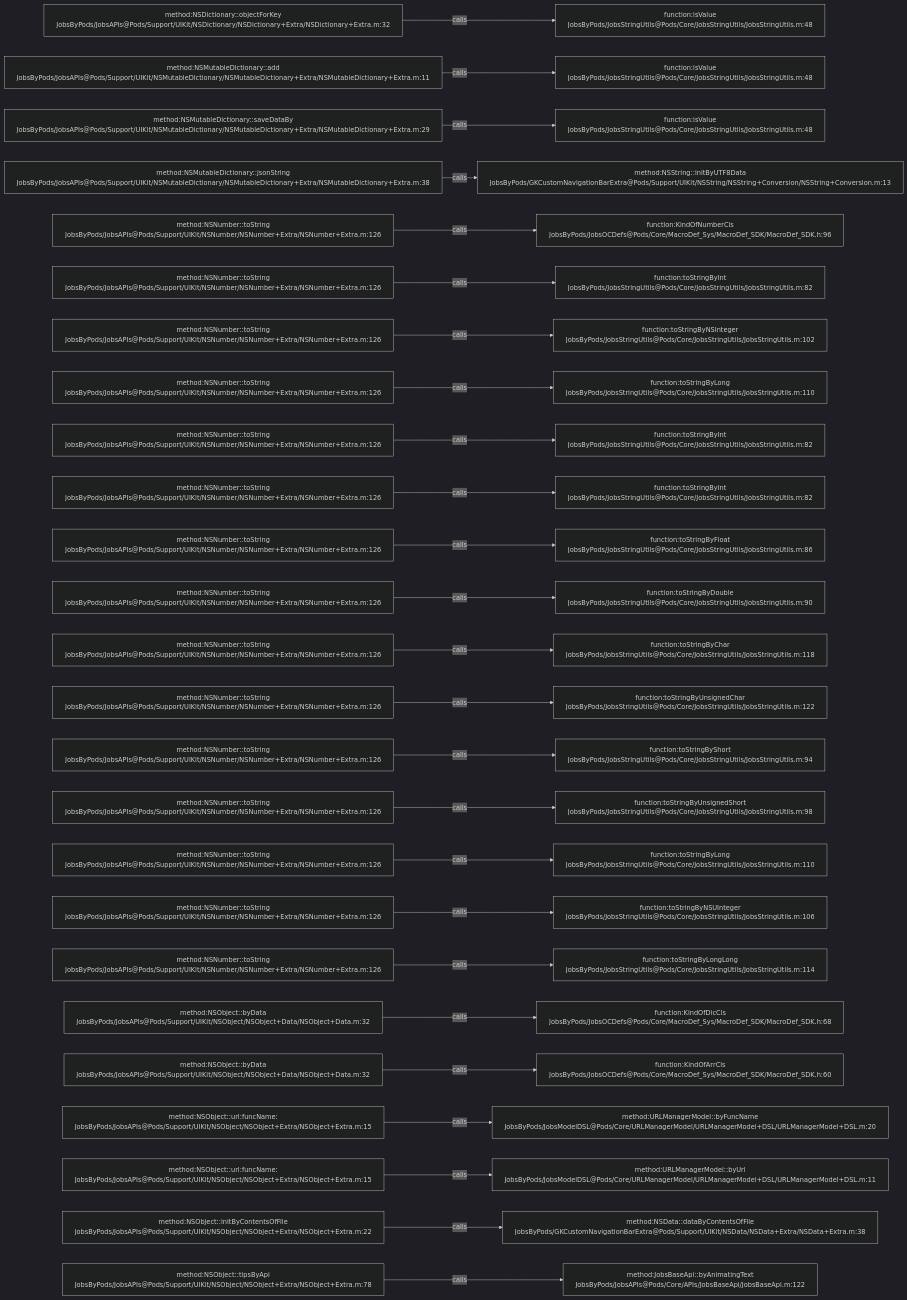
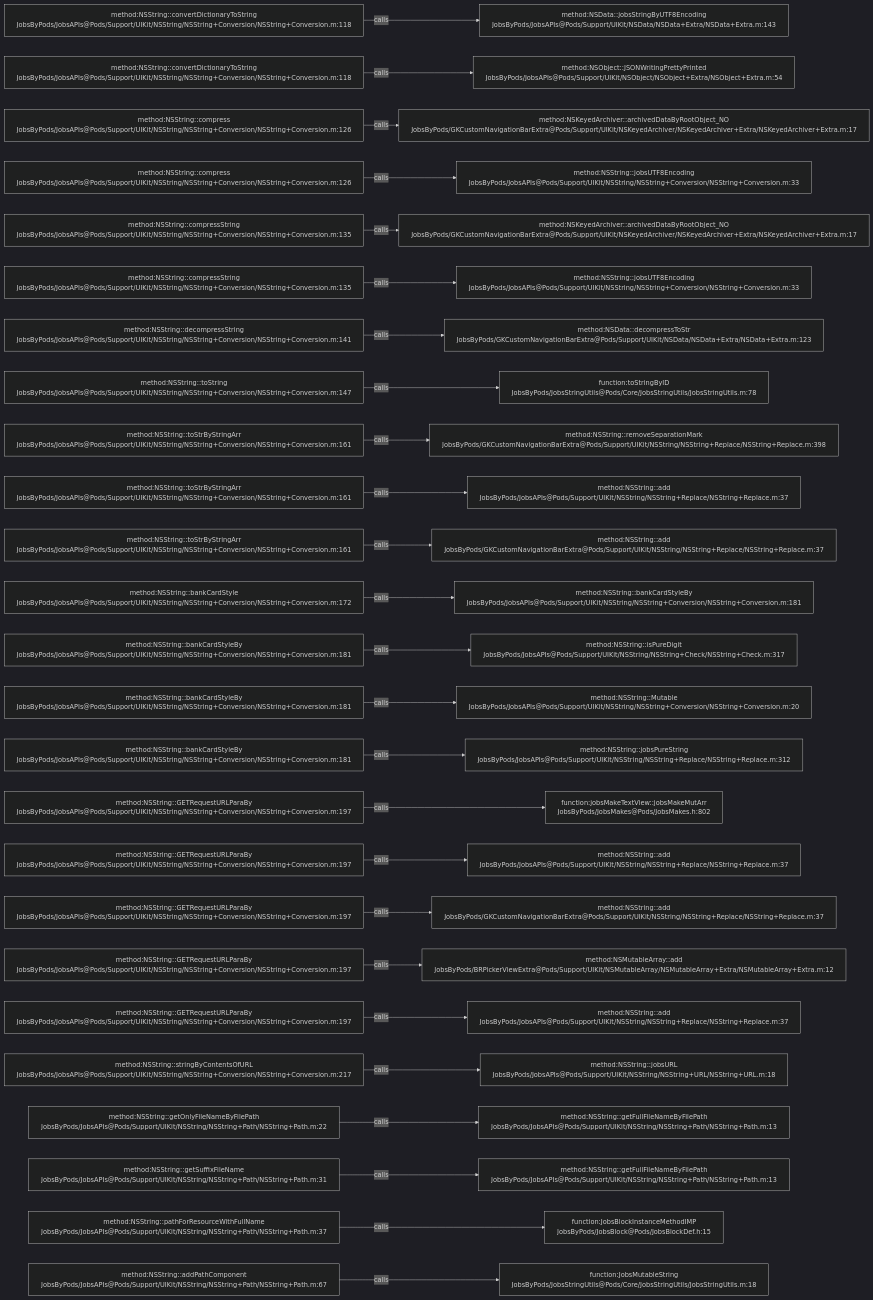
One commit to JobsKits/JobsOCBaseConfigDemo changed the diagram in .codegraph/codegraph.md/graphs/calls-083.md. Above: the diagram before and after it, drawn with Mermaid (dark theme). The commit also changed 223 other files, not shown here.

````diff
--- a/.codegraph/codegraph.md/graphs/calls-083.md
+++ b/.codegraph/codegraph.md/graphs/calls-083.md
@@ -13,78 +13,78 @@
 ```mermaid
 flowchart LR
-  S1["method:NSDictionary::objectForKey<br/>JobsByPods/JobsAPIs@Pods/Support/UIKit/NSDictionary/NSDictionary+Extra/NSDictionary+Extra.m:32"]
-  T1["function:isValue<br/>JobsByPods/JobsStringUtils@Pods/Core/JobsStringUtils/JobsStringUtils.m:48"]
+  S1["method:NSString::convertDictionaryToString<br/>JobsByPods/JobsAPIs@Pods/Support/UIKit/NSString/NSString+Conversion/NSString+Conversion.m:118"]
+  T1["method:NSData::jobsStringByUTF8Encoding<br/>JobsByPods/JobsAPIs@Pods/Support/UIKit/NSData/NSData+Extra/NSData+Extra.m:143"]
   S1 -->|calls| T1
-  S2["method:NSMutableDictionary::add<br/>JobsByPods/JobsAPIs@Pods/Support/UIKit/NSMutableDictionary/NSMutableDictionary+Extra/NSMutableDictionary+Extra.m:11"]
-  T2["function:isValue<br/>JobsByPods/JobsStringUtils@Pods/Core/JobsStringUtils/JobsStringUtils.m:48"]
+  S2["method:NSString::convertDictionaryToString<br/>JobsByPods/JobsAPIs@Pods/Support/UIKit/NSString/NSString+Conversion/NSString+Conversion.m:118"]
+  T2["method:NSObject::JSONWritingPrettyPrinted<br/>JobsByPods/JobsAPIs@Pods/Support/UIKit/NSObject/NSObject+Extra/NSObject+Extra.m:54"]
   S2 -->|calls| T2
-  S3["method:NSMutableDictionary::saveDataBy<br/>JobsByPods/JobsAPIs@Pods/Support/UIKit/NSMutableDictionary/NSMutableDictionary+Extra/NSMutableDictionary+Extra.m:29"]
-  T3["function:isValue<br/>JobsByPods/JobsStringUtils@Pods/Core/JobsStringUtils/JobsStringUtils.m:48"]
+  S3["method:NSString::compress<br/>JobsByPods/JobsAPIs@Pods/Support/UIKit/NSString/NSString+Conversion/NSString+Conversion.m:126"]
+  T3["method:NSKeyedArchiver::archivedDataByRootObject_NO<br/>JobsByPods/GKCustomNavigationBarExtra@Pods/Support/UIKit/NSKeyedArchiver/NSKeyedArchiver+Extra/NSKeyedArchiver+Extra.m:17"]
   S3 -->|calls| T3
-  S4["method:NSMutableDictionary::jsonString<br/>JobsByPods/JobsAPIs@Pods/Support/UIKit/NSMutableDictionary/NSMutableDictionary+Extra/NSMutableDictionary+Extra.m:38"]
-  T4["method:NSString::initByUTF8Data<br/>JobsByPods/GKCustomNavigationBarExtra@Pods/Support/UIKit/NSString/NSString+Conversion/NSString+Conversion.m:13"]
+  S4["method:NSString::compress<br/>JobsByPods/JobsAPIs@Pods/Support/UIKit/NSString/NSString+Conversion/NSString+Conversion.m:126"]
+  T4["method:NSString::jobsUTF8Encoding<br/>JobsByPods/JobsAPIs@Pods/Support/UIKit/NSString/NSString+Conversion/NSString+Conversion.m:33"]
   S4 -->|calls| T4
-  S5["method:NSNumber::toString<br/>JobsByPods/JobsAPIs@Pods/Support/UIKit/NSNumber/NSNumber+Extra/NSNumber+Extra.m:126"]
-  T5["function:KindOfNumberCls<br/>JobsByPods/JobsOCDefs@Pods/Core/MacroDef_Sys/MacroDef_SDK/MacroDef_SDK.h:96"]
+  S5["method:NSString::compressString<br/>JobsByPods/JobsAPIs@Pods/Support/UIKit/NSString/NSString+Conversion/NSString+Conversion.m:135"]
+  T5["method:NSKeyedArchiver::archivedDataByRootObject_NO<br/>JobsByPods/GKCustomNavigationBarExtra@Pods/Support/UIKit/NSKeyedArchiver/NSKeyedArchiver+Extra/NSKeyedArchiver+Extra.m:17"]
   S5 -->|calls| T5
-  S6["method:NSNumber::toString<br/>JobsByPods/JobsAPIs@Pods/Support/UIKit/NSNumber/NSNumber+Extra/NSNumber+Extra.m:126"]
-  T6["function:toStringByInt<br/>JobsByPods/JobsStringUtils@Pods/Core/JobsStringUtils/JobsStringUtils.m:82"]
+  S6["method:NSString::compressString<br/>JobsByPods/JobsAPIs@Pods/Support/UIKit/NSString/NSString+Conversion/NSString+Conversion.m:135"]
+  T6["method:NSString::jobsUTF8Encoding<br/>JobsByPods/JobsAPIs@Pods/Support/UIKit/NSString/NSString+Conversion/NSString+Conversion.m:33"]
   S6 -->|calls| T6
-  S7["method:NSNumber::toString<br/>JobsByPods/JobsAPIs@Pods/Support/UIKit/NSNumber/NSNumber+Extra/NSNumber+Extra.m:126"]
-  T7["function:toStringByNSInteger<br/>JobsByPods/JobsStringUtils@Pods/Core/JobsStringUtils/JobsStringUtils.m:102"]
+  S7["method:NSString::decompressString<br/>JobsByPods/JobsAPIs@Pods/Support/UIKit/NSString/NSString+Conversion/NSString+Conversion.m:141"]
+  T7["method:NSData::decompressToStr<br/>JobsByPods/GKCustomNavigationBarExtra@Pods/Support/UIKit/NSData/NSData+Extra/NSData+Extra.m:123"]
   S7 -->|calls| T7
-  S8["method:NSNumber::toString<br/>JobsByPods/JobsAPIs@Pods/Support/UIKit/NSNumber/NSNumber+Extra/NSNumber+Extra.m:126"]
-  T8["function:toStringByLong<br/>JobsByPods/JobsStringUtils@Pods/Core/JobsStringUtils/JobsStringUtils.m:110"]
+  S8["method:NSString::toString<br/>JobsByPods/JobsAPIs@Pods/Support/UIKit/NSString/NSString+Conversion/NSString+Conversion.m:147"]
+  T8["function:toStringByID<br/>JobsByPods/JobsStringUtils@Pods/Core/JobsStringUtils/JobsStringUtils.m:78"]
   S8 -->|calls| T8
-  S9["method:NSNumber::toString<br/>JobsByPods/JobsAPIs@Pods/Support/UIKit/NSNumber/NSNumber+Extra/NSNumber+Extra.m:126"]
-  T9["function:toStringByInt<br/>JobsByPods/JobsStringUtils@Pods/Core/JobsStringUtils/JobsStringUtils.m:82"]
+  S9["method:NSString::toStrByStringArr<br/>JobsByPods/JobsAPIs@Pods/Support/UIKit/NSString/NSString+Conversion/NSString+Conversion.m:161"]
+  T9["method:NSString::removeSeparationMark<br/>JobsByPods/GKCustomNavigationBarExtra@Pods/Support/UIKit/NSString/NSString+Replace/NSString+Replace.m:398"]
   S9 -->|calls| T9
-  S10["method:NSNumber::toString<br/>JobsByPods/JobsAPIs@Pods/Support/UIKit/NSNumber/NSNumber+Extra/NSNumber+Extra.m:126"]
-  T10["function:toStringByInt<br/>JobsByPods/JobsStringUtils@Pods/Core/JobsStringUtils/JobsStringUtils.m:82"]
+  S10["method:NSString::toStrByStringArr<br/>JobsByPods/JobsAPIs@Pods/Support/UIKit/NSString/NSString+Conversion/NSString+Conversion.m:161"]
+  T10["method:NSString::add<br/>JobsByPods/JobsAPIs@Pods/Support/UIKit/NSString/NSString+Replace/NSString+Replace.m:37"]
   S10 -->|calls| T10
-  S11["method:NSNumber::toString<br/>JobsByPods/JobsAPIs@Pods/Support/UIKit/NSNumber/NSNumber+Extra/NSNumber+Extra.m:126"]
-  T11["function:toStringByFloat<br/>JobsByPods/JobsStringUtils@Pods/Core/JobsStringUtils/JobsStringUtils.m:86"]
+  S11["method:NSString::toStrByStringArr<br/>JobsByPods/JobsAPIs@Pods/Support/UIKit/NSString/NSString+Conversion/NSString+Conversion.m:161"]
+  T11["method:NSString::add<br/>JobsByPods/GKCustomNavigationBarExtra@Pods/Support/UIKit/NSString/NSString+Replace/NSString+Replace.m:37"]
   S11 -->|calls| T11
-  S12["method:NSNumber::toString<br/>JobsByPods/JobsAPIs@Pods/Support/UIKit/NSNumber/NSNumber+Extra/NSNumber+Extra.m:126"]
-  T12["function:toStringByDouble<br/>JobsByPods/JobsStringUtils@Pods/Core/JobsStringUtils/JobsStringUtils.m:90"]
+  S12["method:NSString::bankCardStyle<br/>JobsByPods/JobsAPIs@Pods/Support/UIKit/NSString/NSString+Conversion/NSString+Conversion.m:172"]
+  T12["method:NSString::bankCardStyleBy<br/>JobsByPods/JobsAPIs@Pods/Support/UIKit/NSString/NSString+Conversion/NSString+Conversion.m:181"]
   S12 -->|calls| T12
-  S13["method:NSNumber::toString<br/>JobsByPods/JobsAPIs@Pods/Support/UIKit/NSNumber/NSNumber+Extra/NSNumber+Extra.m:126"]
-  T13["function:toStringByChar<br/>JobsByPods/JobsStringUtils@Pods/Core/JobsStringUtils/JobsStringUtils.m:118"]
+  S13["method:NSString::bankCardStyleBy<br/>JobsByPods/JobsAPIs@Pods/Support/UIKit/NSString/NSString+Conversion/NSString+Conversion.m:181"]
+  T13["method:NSString::isPureDigit<br/>JobsByPods/JobsAPIs@Pods/Support/UIKit/NSString/NSString+Check/NSString+Check.m:317"]
   S13 -->|calls| T13
-  S14["method:NSNumber::toString<br/>JobsByPods/JobsAPIs@Pods/Support/UIKit/NSNumber/NSNumber+Extra/NSNumber+Extra.m:126"]
-  T14["function:toStringByUnsignedChar<br/>JobsByPods/JobsStringUtils@Pods/Core/JobsStringUtils/JobsStringUtils.m:122"]
+  S14["method:NSString::bankCardStyleBy<br/>JobsByPods/JobsAPIs@Pods/Support/UIKit/NSString/NSString+Conversion/NSString+Conversion.m:181"]
+  T14["method:NSString::Mutable<br/>JobsByPods/JobsAPIs@Pods/Support/UIKit/NSString/NSString+Conversion/NSString+Conversion.m:20"]
   S14 -->|calls| T14
-  S15["method:NSNumber::toString<br/>JobsByPods/JobsAPIs@Pods/Support/UIKit/NSNumber/NSNumber+Extra/NSNumber+Extra.m:126"]
-  T15["function:toStringByShort<br/>JobsByPods/JobsStringUtils@Pods/Core/JobsStringUtils/JobsStringUtils.m:94"]
+  S15["method:NSString::bankCardStyleBy<br/>JobsByPods/JobsAPIs@Pods/Support/UIKit/NSString/NSString+Conversion/NSString+Conversion.m:181"]
+  T15["method:NSString::jobsPureString<br/>JobsByPods/JobsAPIs@Pods/Support/UIKit/NSString/NSString+Replace/NSString+Replace.m:312"]
   S15 -->|calls| T15
-  S16["method:NSNumber::toString<br/>JobsByPods/JobsAPIs@Pods/Support/UIKit/NSNumber/NSNumber+Extra/NSNumber+Extra.m:126"]
-  T16["function:toStringByUnsignedShort<br/>JobsByPods/JobsStringUtils@Pods/Core/JobsStringUtils/JobsStringUtils.m:98"]
+  S16["method:NSString::GETRequestURLParaBy<br/>JobsByPods/JobsAPIs@Pods/Support/UIKit/NSString/NSString+Conversion/NSString+Conversion.m:197"]
+  T16["function:jobsMakeTextView::jobsMakeMutArr<br/>JobsByPods/JobsMakes@Pods/JobsMakes.h:802"]
   S16 -->|calls| T16
-  S17["method:NSNumber::toString<br/>JobsByPods/JobsAPIs@Pods/Support/UIKit/NSNumber/NSNumber+Extra/NSNumber+Extra.m:126"]
-  T17["function:toStringByLong<br/>JobsByPods/JobsStringUtils@Pods/Core/JobsStringUtils/JobsStringUtils.m:110"]
+  S17["method:NSString::GETRequestURLParaBy<br/>JobsByPods/JobsAPIs@Pods/Support/UIKit/NSString/NSString+Conversion/NSString+Conversion.m:197"]
+  T17["method:NSString::add<br/>JobsByPods/JobsAPIs@Pods/Support/UIKit/NSString/NSString+Replace/NSString+Replace.m:37"]
   S17 -->|calls| T17
-  S18["method:NSNumber::toString<br/>JobsByPods/JobsAPIs@Pods/Support/UIKit/NSNumber/NSNumber+Extra/NSNumber+Extra.m:126"]
-  T18["function:toStringByNSUInteger<br/>JobsByPods/JobsStringUtils@Pods/Core/JobsStringUtils/JobsStringUtils.m:106"]
+  S18["method:NSString::GETRequestURLParaBy<br/>JobsByPods/JobsAPIs@Pods/Support/UIKit/NSString/NSString+Conversion/NSString+Conversion.m:197"]
+  T18["method:NSString::add<br/>JobsByPods/GKCustomNavigationBarExtra@Pods/Support/UIKit/NSString/NSString+Replace/NSString+Replace.m:37"]
   S18 -->|calls| T18
-  S19["method:NSNumber::toString<br/>JobsByPods/JobsAPIs@Pods/Support/UIKit/NSNumber/NSNumber+Extra/NSNumber+Extra.m:126"]
-  T19["function:toStringByLongLong<br/>JobsByPods/JobsStringUtils@Pods/Core/JobsStringUtils/JobsStringUtils.m:114"]
+  S19["method:NSString::GETRequestURLParaBy<br/>JobsByPods/JobsAPIs@Pods/Support/UIKit/NSString/NSString+Conversion/NSString+Conversion.m:197"]
+  T19["method:NSMutableArray::add<br/>JobsByPods/BRPickerViewExtra@Pods/Support/UIKit/NSMutableArray/NSMutableArray+Extra/NSMutableArray+Extra.m:12"]
   S19 -->|calls| T19
-  S20["method:NSObject::byData<br/>JobsByPods/JobsAPIs@Pods/Support/UIKit/NSObject/NSObject+Data/NSObject+Data.m:32"]
-  T20["function:KindOfDicCls<br/>JobsByPods/JobsOCDefs@Pods/Core/MacroDef_Sys/MacroDef_SDK/MacroDef_SDK.h:68"]
+  S20["method:NSString::GETRequestURLParaBy<br/>JobsByPods/JobsAPIs@Pods/Support/UIKit/NSString/NSString+Conversion/NSString+Conversion.m:197"]
+  T20["method:NSString::add<br/>JobsByPods/JobsAPIs@Pods/Support/UIKit/NSString/NSString+Replace/NSString+Replace.m:37"]
   S20 -->|calls| T20
-  S21["method:NSObject::byData<br/>JobsByPods/JobsAPIs@Pods/Support/UIKit/NSObject/NSObject+Data/NSObject+Data.m:32"]
-  T21["function:KindOfArrCls<br/>JobsByPods/JobsOCDefs@Pods/Core/MacroDef_Sys/MacroDef_SDK/MacroDef_SDK.h:60"]
+  S21["method:NSString::stringByContentsOfURL<br/>JobsByPods/JobsAPIs@Pods/Support/UIKit/NSString/NSString+Conversion/NSString+Conversion.m:217"]
+  T21["method:NSString::jobsURL<br/>JobsByPods/JobsAPIs@Pods/Support/UIKit/NSString/NSString+URL/NSString+URL.m:18"]
   S21 -->|calls| T21
-  S22["method:NSObject::url:funcName:<br/>JobsByPods/JobsAPIs@Pods/Support/UIKit/NSObject/NSObject+Extra/NSObject+Extra.m:15"]
-  T22["method:URLManagerModel::byFuncName<br/>JobsByPods/JobsModelDSL@Pods/Core/URLManagerModel/URLManagerModel+DSL/URLManagerModel+DSL.m:20"]
+  S22["method:NSString::getOnlyFileNameByFilePath<br/>JobsByPods/JobsAPIs@Pods/Support/UIKit/NSString/NSString+Path/NSString+Path.m:22"]
+  T22["method:NSString::getFullFileNameByFilePath<br/>JobsByPods/JobsAPIs@Pods/Support/UIKit/NSString/NSString+Path/NSString+Path.m:13"]
   S22 -->|calls| T22
-  S23["method:NSObject::url:funcName:<br/>JobsByPods/JobsAPIs@Pods/Support/UIKit/NSObject/NSObject+Extra/NSObject+Extra.m:15"]
-  T23["method:URLManagerModel::byUrl<br/>JobsByPods/JobsModelDSL@Pods/Core/URLManagerModel/URLManagerModel+DSL/URLManagerModel+DSL.m:11"]
+  S23["method:NSString::getSuffixFileName<br/>JobsByPods/JobsAPIs@Pods/Support/UIKit/NSString/NSString+Path/NSString+Path.m:31"]
+  T23["method:NSString::getFullFileNameByFilePath<br/>JobsByPods/JobsAPIs@Pods/Support/UIKit/NSString/NSString+Path/NSString+Path.m:13"]
   S23 -->|calls| T23
-  S24["method:NSObject::initByContentsOfFile<br/>JobsByPods/JobsAPIs@Pods/Support/UIKit/NSObject/NSObject+Extra/NSObject+Extra.m:22"]
-  T24["method:NSData::dataByContentsOfFile<br/>JobsByPods/GKCustomNavigationBarExtra@Pods/Support/UIKit/NSData/NSData+Extra/NSData+Extra.m:38"]
+  S24["method:NSString::pathForResourceWithFullName<br/>JobsByPods/JobsAPIs@Pods/Support/UIKit/NSString/NSString+Path/NSString+Path.m:37"]
+  T24["function:JobsBlockInstanceMethodIMP<br/>JobsByPods/JobsBlock@Pods/JobsBlockDef.h:15"]
   S24 -->|calls| T24
-  S25["method:NSObject::tipsByApi<br/>JobsByPods/JobsAPIs@Pods/Support/UIKit/NSObject/NSObject+Extra/NSObject+Extra.m:78"]
-  T25["method:JobsBaseApi::byAnimatingText<br/>JobsByPods/JobsAPIs@Pods/Core/APIs/JobsBaseApi/JobsBaseApi.m:122"]
+  S25["method:NSString::addPathComponent<br/>JobsByPods/JobsAPIs@Pods/Support/UIKit/NSString/NSString+Path/NSString+Path.m:67"]
+  T25["function:JobsMutableString<br/>JobsByPods/JobsStringUtils@Pods/Core/JobsStringUtils/JobsStringUtils.m:18"]
   S25 -->|calls| T25
 ```
````
